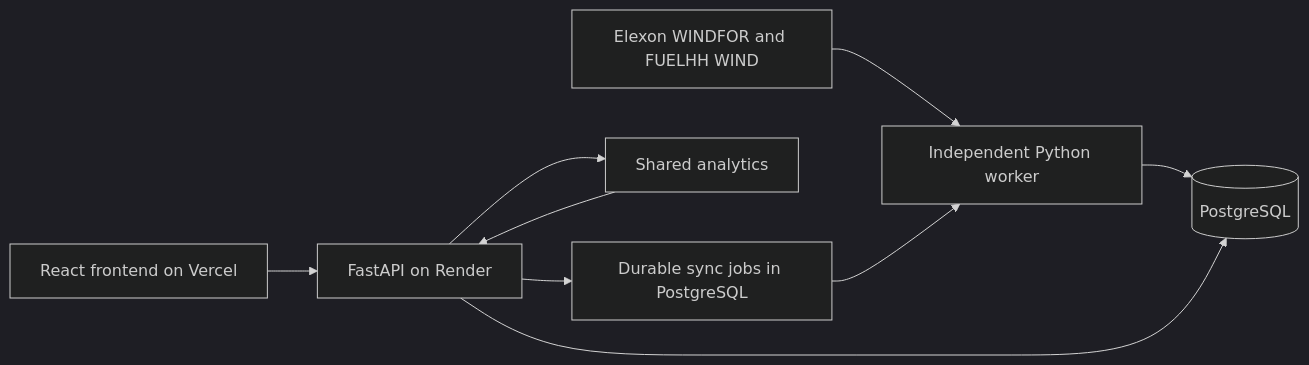
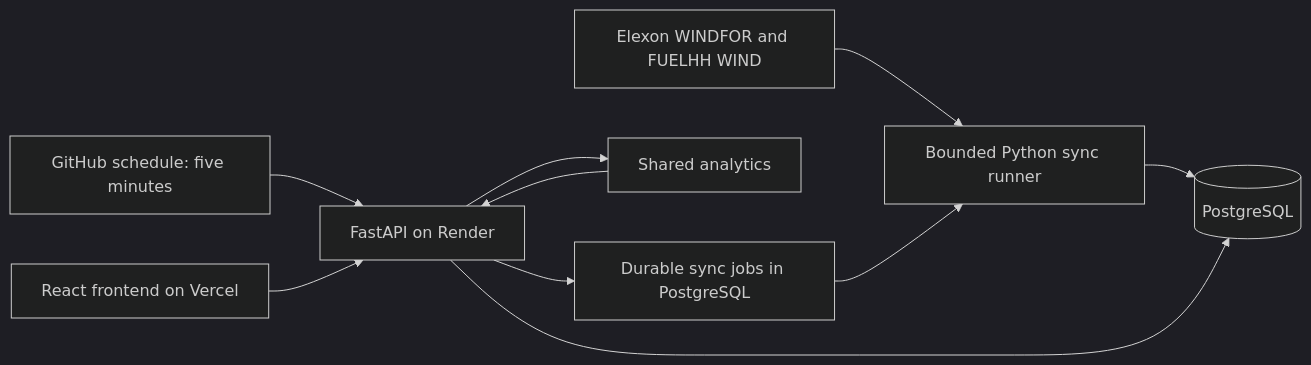
Before and after one commit to Sakshampoply/axzttscjdz: the diagram in README.md, drawn with Mermaid (dark theme). The commit also changed other lines of this file and 14 other files, not shown here.

````diff
--- a/README.md
+++ b/README.md
@@ -84,11 +84,12 @@
 ```mermaid
 flowchart LR
-    E[Elexon WINDFOR and FUELHH WIND] --> W[Independent Python worker]
+    G[GitHub schedule: five minutes] --> API
+    E[Elexon WINDFOR and FUELHH WIND] --> W[Bounded Python sync runner]
     W --> DB[(PostgreSQL)]
     U[React frontend on Vercel] --> API[FastAPI on Render]
     API --> DB
     API --> A[Shared analytics]
     A --> API
     API --> Q[Durable sync jobs in PostgreSQL]
     Q --> W
 ```
````
